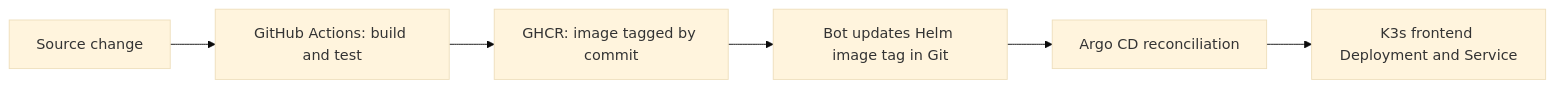
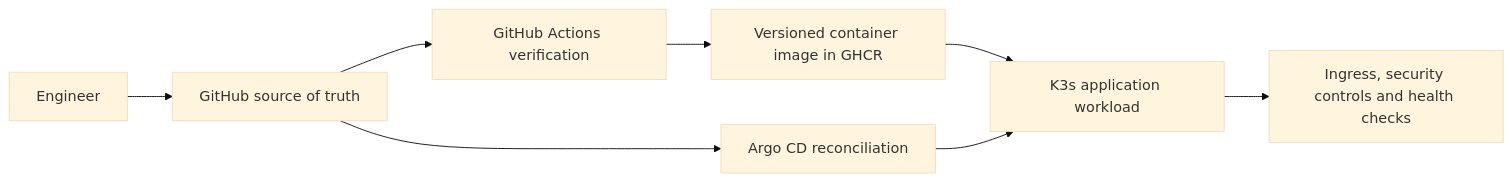
The diagram in README.md (ops-vince/-Vinceops-cloud-), drawn with Mermaid (base theme) before and after one commit. The commit also changed other lines of this file and 5 other files, not shown here.

````diff
--- a/README.md
+++ b/README.md
@@ -35,8 +41,10 @@
 ```mermaid
 flowchart LR
-  DEV[Source change] --> GHA[GitHub Actions: build and test]
-  GHA --> GHCR[GHCR: image tagged by commit]
-  GHCR --> PROMOTE[Bot updates Helm image tag in Git]
-  PROMOTE --> ARGO[Argo CD reconciliation]
-  ARGO --> K8S[K3s frontend Deployment and Service]
+    DEV[Engineer] --> GIT[GitHub source of truth]
+    GIT --> CI[GitHub Actions verification]
+    CI --> IMAGE[Versioned container image in GHCR]
+    IMAGE --> K8S[K3s application workload]
+    GIT --> ARGO[Argo CD reconciliation]
+    ARGO --> K8S
+    K8S --> OPS[Ingress, security controls and health checks]
 ```
````
